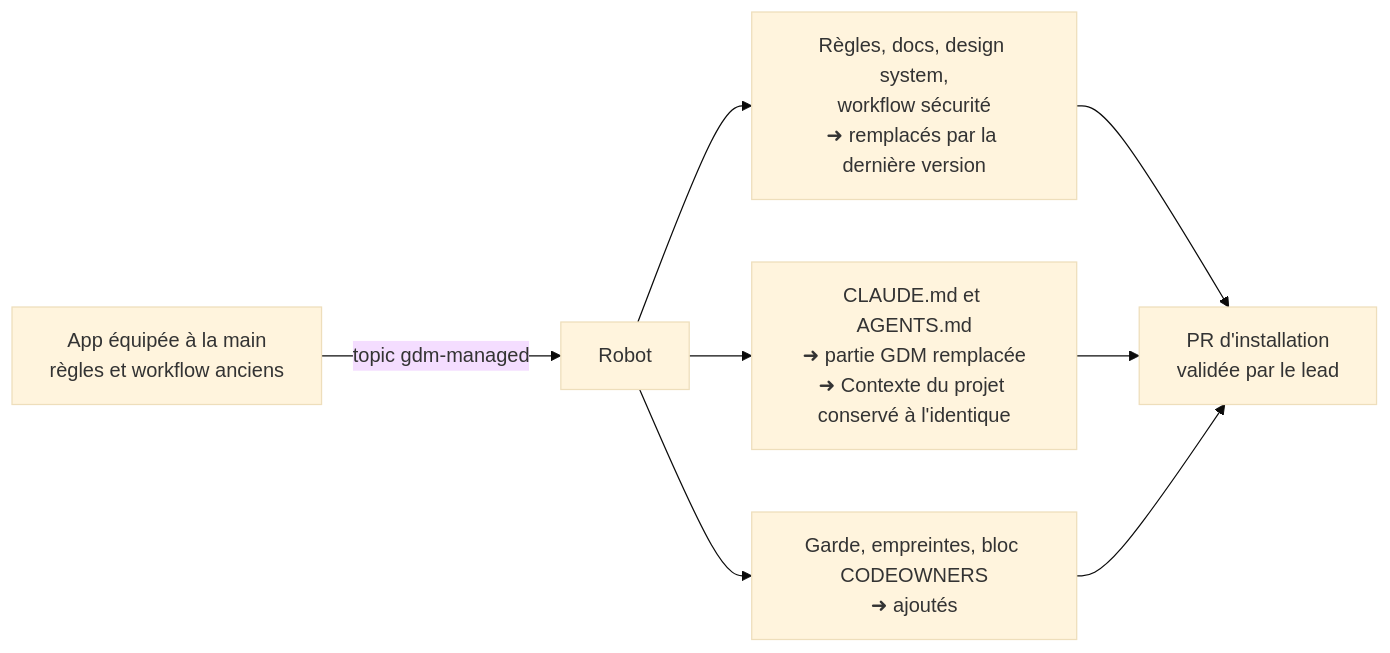
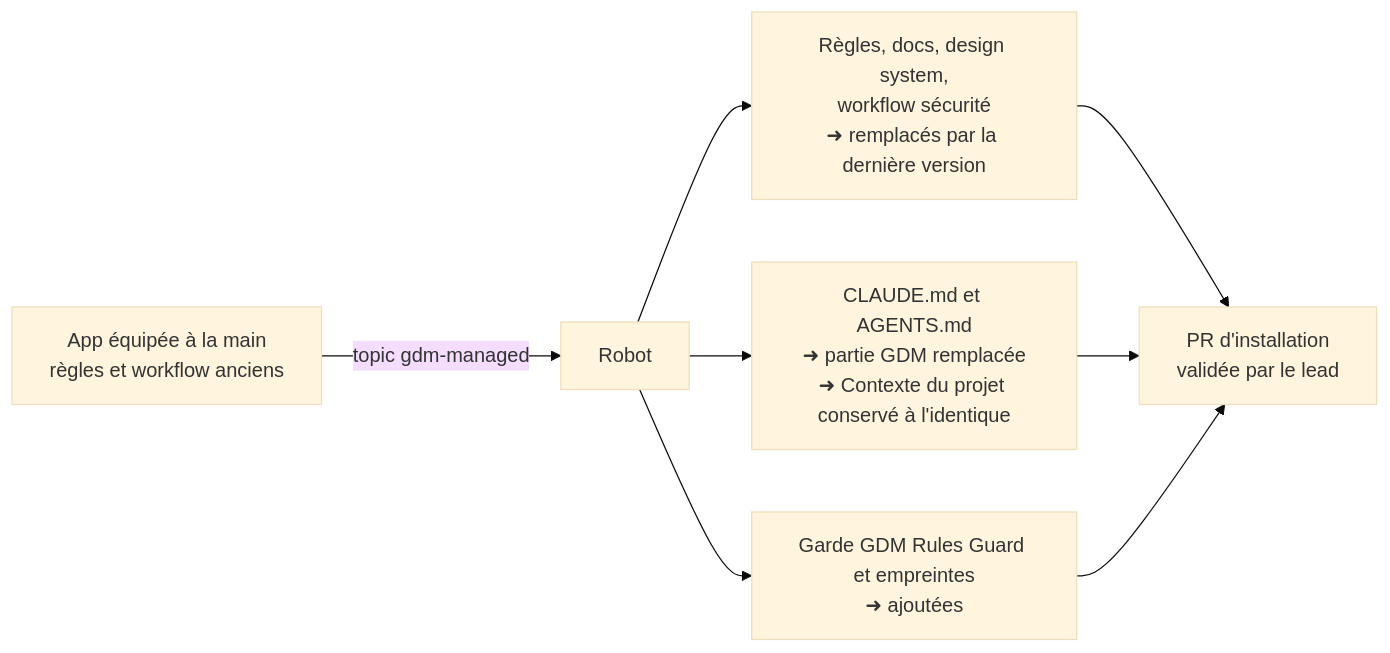
The third of 7 diagrams in README.md (GUY-DEMARLE/gdm-dev-rules), drawn with Mermaid (base theme) before and after one commit. The commit also changed other lines of this file and 11 other files, not shown here.

````diff
--- a/README.md
+++ b/README.md
@@ -212,10 +209,10 @@
 ```mermaid
 flowchart LR
     old["App équipée à la main<br/>règles et workflow anciens"] -->|"topic gdm-managed"| robot["Robot"]
     robot --> r1["Règles, docs, design system,<br/>workflow sécurité<br/>➜ remplacés par la dernière version"]
     robot --> r2["CLAUDE.md et AGENTS.md<br/>➜ partie GDM remplacée<br/>➜ Contexte du projet conservé à l'identique"]
-    robot --> r3["Garde, empreintes, bloc CODEOWNERS<br/>➜ ajoutés"]
+    robot --> r3["Garde GDM Rules Guard et empreintes<br/>➜ ajoutées"]
     r1 --> pr["PR d'installation<br/>validée par le lead"]
     r2 --> pr
     r3 --> pr
 ```
````
